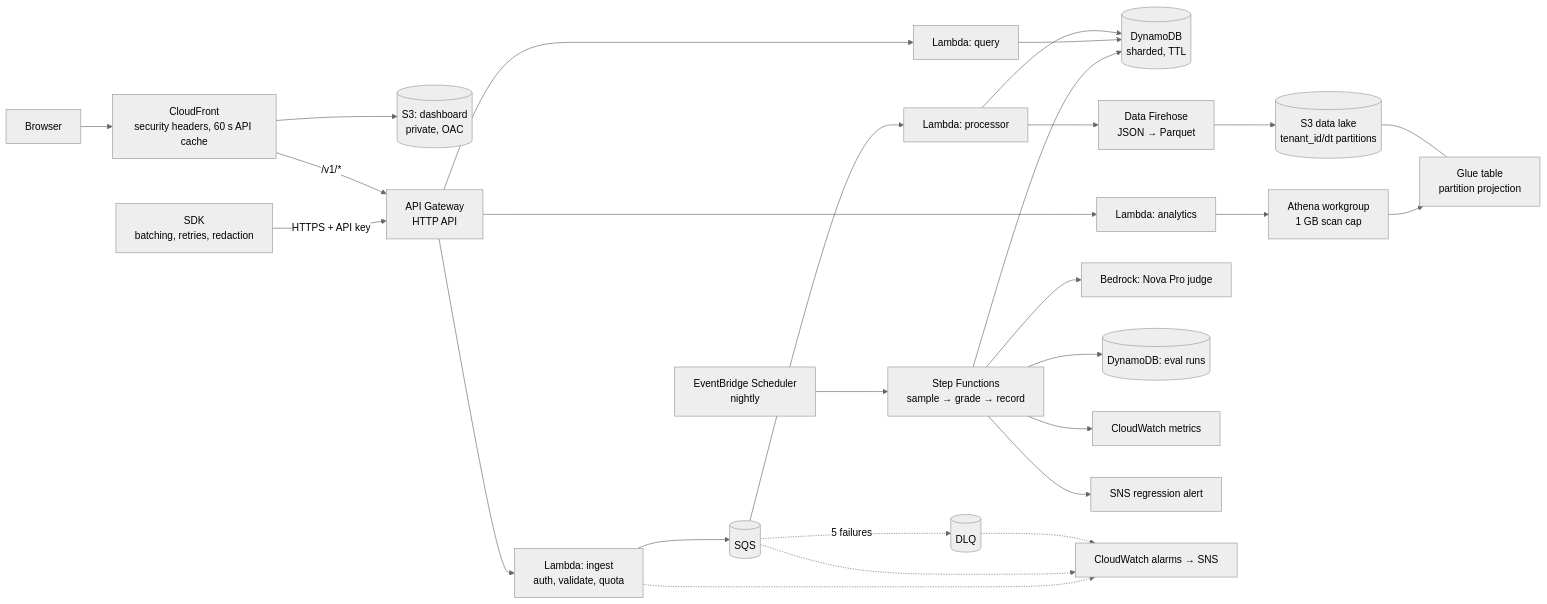
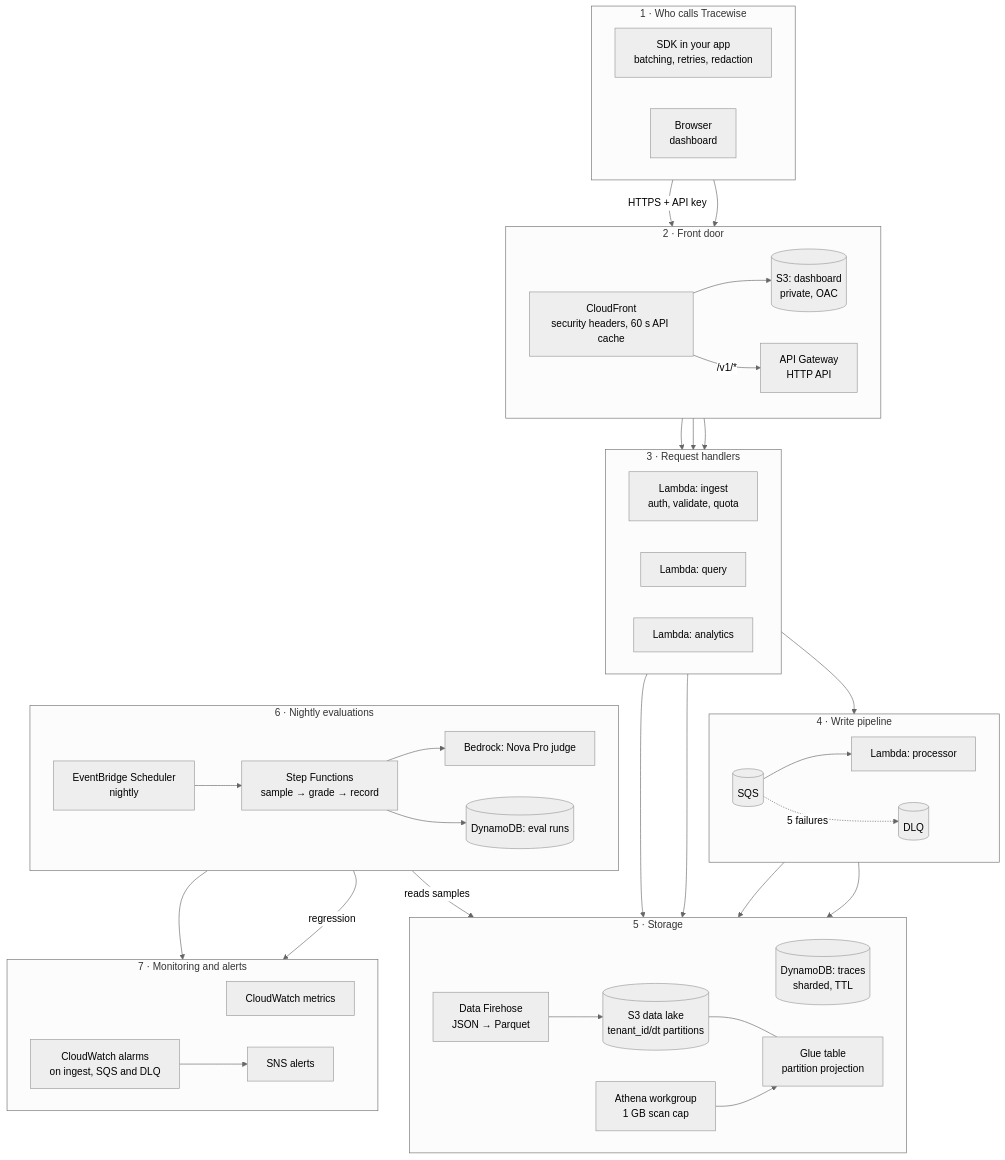
The diagram in README.md (zaiby83/tracewise), drawn with Mermaid (neutral theme) before and after one commit. The commit also changed 1 other file, not shown here.

Commit message:
Redraw the architecture diagrams top to bottom in numbered tiers

````diff
--- a/README.md
+++ b/README.md
@@ -17,23 +17,82 @@
 ```mermaid
-flowchart LR
-    U[Browser] --> CF[CloudFront<br/>security headers, 60 s API cache]
-    CF --> SITE[(S3: dashboard<br/>private, OAC)]
+flowchart TB
+    subgraph callers["1 · Who calls Tracewise"]
+        direction LR
+        SDK[SDK in your app<br/>batching, retries, redaction]
+        U[Browser<br/>dashboard]
+    end
+
+    subgraph front["2 · Front door"]
+        direction LR
+        CF[CloudFront<br/>security headers, 60 s API cache]
+        SITE[(S3: dashboard<br/>private, OAC)]
+        APIGW[API Gateway<br/>HTTP API]
+    end
+
+    subgraph handlers["3 · Request handlers"]
+        direction LR
+        ING[Lambda: ingest<br/>auth, validate, quota]
+        Q[Lambda: query]
+        AN[Lambda: analytics]
+    end
+
+    subgraph pipeline["4 · Write pipeline"]
+        direction LR
+        SQS[(SQS)]
+        DLQ[(DLQ)]
+        PROC[Lambda: processor]
+    end
+
+    subgraph storage["5 · Storage"]
+        direction LR
+        DDB[(DynamoDB: traces<br/>sharded, TTL)]
+        FH[Data Firehose<br/>JSON → Parquet]
+        S3[(S3 data lake<br/>tenant_id/dt partitions)]
+        GLUE[Glue table<br/>partition projection]
+        ATH[Athena workgroup<br/>1 GB scan cap]
+    end
+
+    subgraph evals["6 · Nightly evaluations"]
+        direction LR
+        SCHED[EventBridge Scheduler<br/>nightly]
+        SFN[Step Functions<br/>sample → grade → record]
+        BR[Bedrock: Nova Pro judge]
+        EV[(DynamoDB: eval runs)]
+    end
+
+    subgraph monitoring["7 · Monitoring and alerts"]
+        direction LR
+        CWM[CloudWatch metrics]
+        CW[CloudWatch alarms<br/>on ingest, SQS and DLQ]
+        SNS[SNS alerts]
+    end
+
+    SDK -->|HTTPS + API key| APIGW
+    U --> CF
+    CF --> SITE
     CF -->|/v1/*| APIGW
-    SDK[SDK<br/>batching, retries, redaction] -->|HTTPS + API key| APIGW[API Gateway<br/>HTTP API]
-    APIGW --> ING[Lambda: ingest<br/>auth, validate, quota]
-    ING --> SQS[(SQS)]
-    SQS --> PROC[Lambda: processor]
-    SQS -.5 failures.-> DLQ[(DLQ)]
-    PROC --> DDB[(DynamoDB<br/>sharded, TTL)]
-    PROC --> FH[Data Firehose<br/>JSON → Parquet]
-    FH --> S3[(S3 data lake<br/>tenant_id/dt partitions)]
-    S3 --- GLUE[Glue table<br/>partition projection]
-    APIGW --> Q[Lambda: query] --> DDB
-    APIGW --> AN[Lambda: analytics] --> ATH[Athena workgroup<br/>1 GB scan cap] --> GLUE
-    SCHED[EventBridge Scheduler<br/>nightly] --> SFN[Step Functions<br/>sample → grade → record]
-    SFN --> DDB
-    SFN --> BR[Bedrock: Nova Pro judge]
-    SFN --> EV[(DynamoDB: eval runs)]
-    SFN --> CWM[CloudWatch metrics] & SNS[SNS regression alert]
-    DLQ & SQS & ING -.-> CW[CloudWatch alarms → SNS]
+
+    APIGW --> ING
+    APIGW --> Q
+    APIGW --> AN
+
+    ING --> SQS
+    SQS --> PROC
+    SQS -.5 failures.-> DLQ
+    PROC --> DDB
+    PROC --> FH
+    FH --> S3
+    S3 --- GLUE
+
+    Q --> DDB
+    AN --> ATH --> GLUE
+
+    SCHED --> SFN
+    SFN -->|reads samples| DDB
+    SFN --> BR
+    SFN --> EV
+    SFN --> CWM
+    SFN -->|regression| SNS
+
+    CW --> SNS
 ```
````
